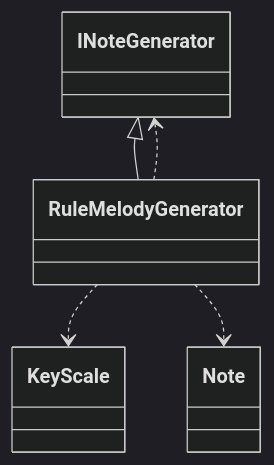
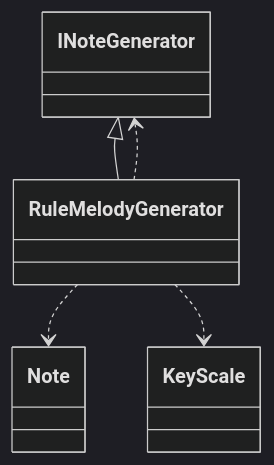
One commit to schnock-art/project_inspector changed diagram 37 of 39 in test/test.md. Above: the diagram before and after it, drawn with Mermaid (dark theme). The commit also changed other lines of this file and 3 other files, not shown here.

````diff
--- a/test/test.md
+++ b/test/test.md
@@ -638,7 +674,7 @@
 ```mermaid
 classDiagram
 INoteGenerator <|-- RuleMelodyGenerator
+RuleMelodyGenerator ..> INoteGenerator
+RuleMelodyGenerator ..> Note
 RuleMelodyGenerator ..> KeyScale
-RuleMelodyGenerator ..> Note
-RuleMelodyGenerator ..> INoteGenerator
 ```
````
